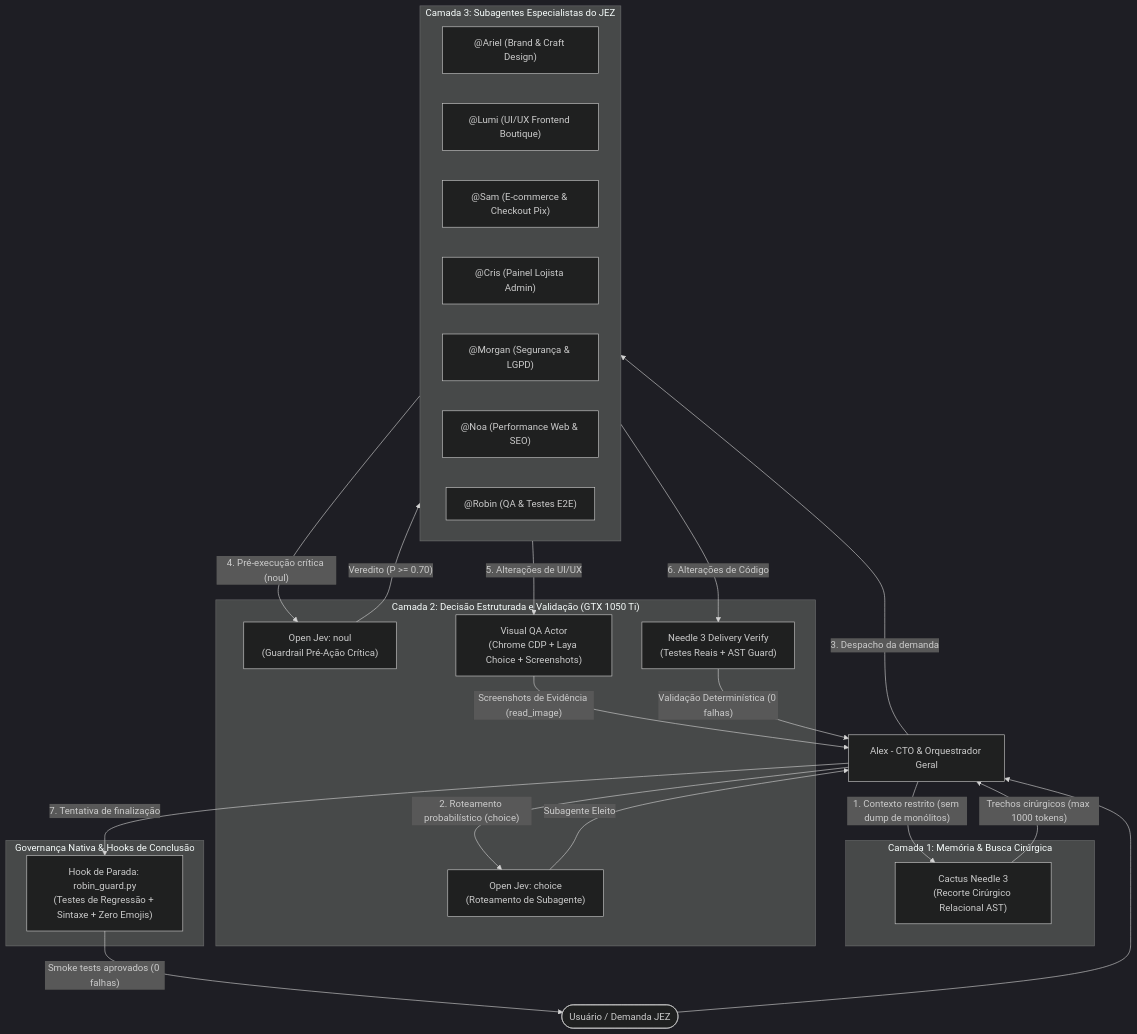
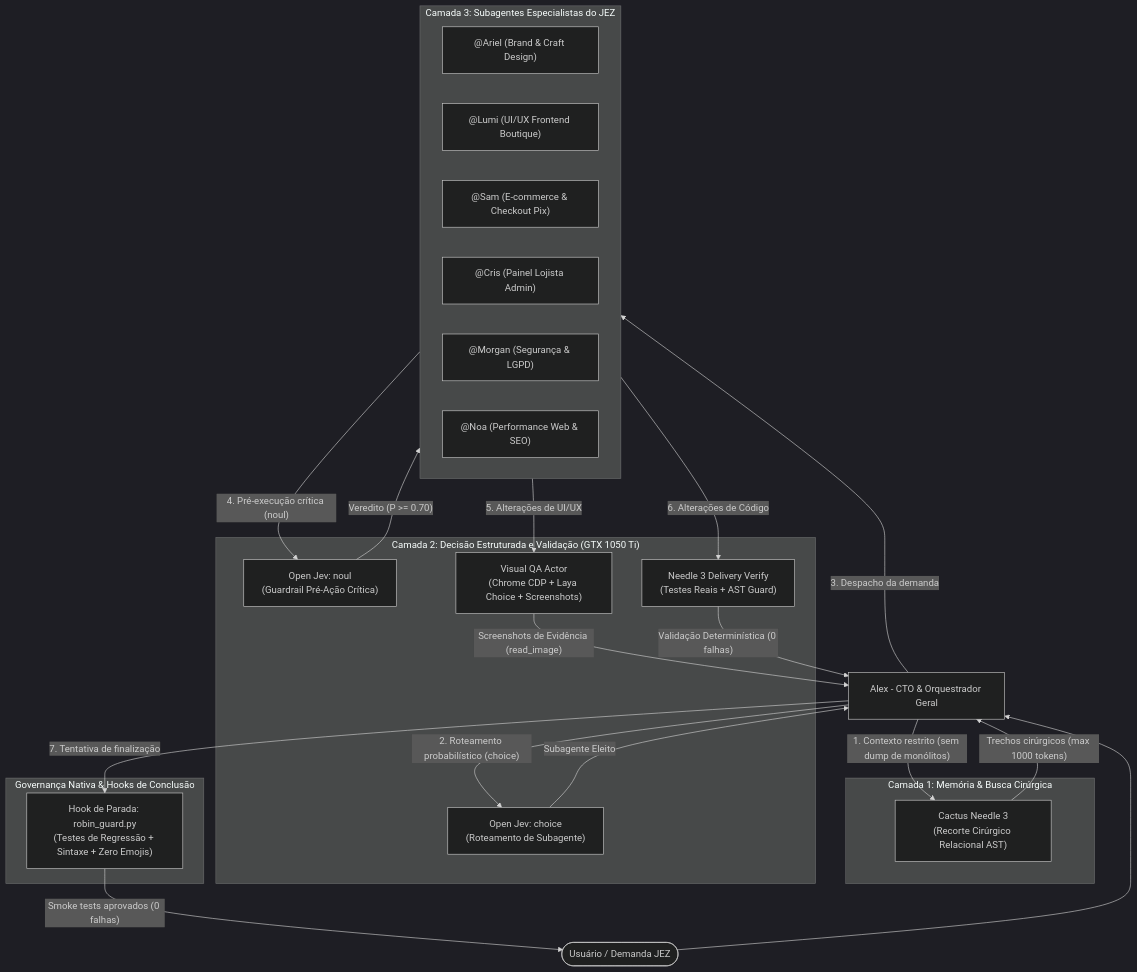
The diagram in AGENTS.md (maiteuxzanela/jez), drawn with Mermaid (dark theme) before and after one commit. The commit also changed other lines of this file and 25 other files, not shown here.

````diff
--- a/AGENTS.md
+++ b/AGENTS.md
@@ -9,49 +9,48 @@
 ```mermaid
 flowchart TD
     User([Usuário / Demanda JEZ]) --> Orchestrator[Alex - CTO & Orquestrador Geral]
     
     subgraph Camada1["Camada 1: Memória & Busca Cirúrgica"]
         Needle3["Cactus Needle 3\n(Recorte Cirúrgico Relacional AST)"]
     end
     
     subgraph Camada2["Camada 2: Decisão Estruturada e Validação (GTX 1050 Ti)"]
         OpenJevChoice["Open Jev: choice\n(Roteamento de Subagente)"]
         OpenJevNoul["Open Jev: noul\n(Guardrail Pré-Ação Crítica)"]
         VisualQAActor["Visual QA Actor\n(Chrome CDP + Laya Choice + Screenshots)"]
         DeliveryVerify["Needle 3 Delivery Verify\n(Testes Reais + AST Guard)"]
     end
     
     subgraph Camada3["Camada 3: Subagentes Especialistas do JEZ"]
         Ariel["@Ariel (Brand & Craft Design)"]
         Lumi["@Lumi (UI/UX Frontend Boutique)"]
         Sam["@Sam (E-commerce & Checkout Pix)"]
         Cris["@Cris (Painel Lojista Admin)"]
         Morgan["@Morgan (Segurança & LGPD)"]
         Noa["@Noa (Performance Web & SEO)"]
-        Robin["@Robin (QA & Testes E2E)"]
     end
 
     subgraph Gates["Governança Nativa & Hooks de Conclusão"]
         HookStop["Hook de Parada: robin_guard.py\n(Testes de Regressão + Sintaxe + Zero Emojis)"]
     end
 
     Orchestrator -- "1. Contexto restrito (sem dump de monólitos)" --> Needle3
     Needle3 -- "Trechos cirúrgicos (max 1000 tokens)" --> Orchestrator
     
     Orchestrator -- "2. Roteamento probabilístico (choice)" --> OpenJevChoice
     OpenJevChoice -- "Subagente Eleito" --> Orchestrator
     
     Orchestrator -- "3. Despacho da demanda" --> Camada3
     
     Camada3 -- "4. Pré-execução crítica (noul)" --> OpenJevNoul
     OpenJevNoul -- "Veredito (P >= 0.70)" --> Camada3
     
     Camada3 -- "5. Alterações de UI/UX" --> VisualQAActor
     VisualQAActor -- "Screenshots de Evidência (read_image)" --> Orchestrator
 
     Camada3 -- "6. Alterações de Código" --> DeliveryVerify
     DeliveryVerify -- "Validação Determinística (0 falhas)" --> Orchestrator
 
     Orchestrator -- "7. Tentativa de finalização" --> HookStop
     HookStop -- "Smoke tests aprovados (0 falhas)" --> User
 ```
````
